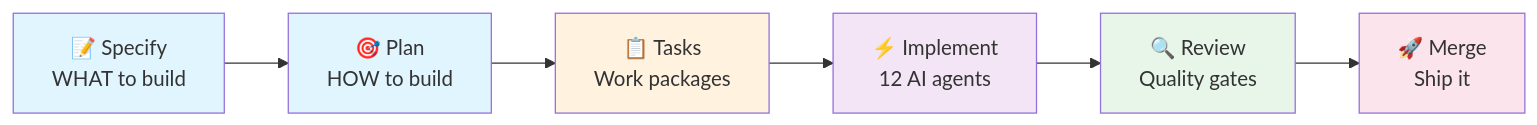
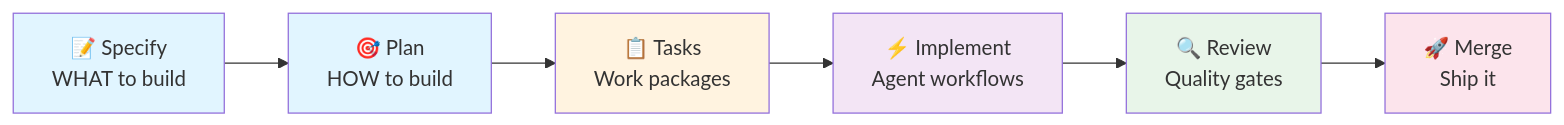
One commit to Priivacy-ai/spec-kitty changed the first of 4 diagrams in README.md. Above: the diagram before and after it, drawn with Mermaid. The commit also changed other lines of this file, not shown here.

````diff
--- a/README.md
+++ b/README.md
@@ -36,15 +51,15 @@
 ```mermaid
 graph LR
     A[📝 Specify<br/>WHAT to build] --> B[🎯 Plan<br/>HOW to build]
     B --> C[📋 Tasks<br/>Work packages]
-    C --> D[⚡ Implement<br/>12 AI agents]
+    C --> D[⚡ Implement<br/>Agent workflows]
     D --> E[🔍 Review<br/>Quality gates]
     E --> F[🚀 Merge<br/>Ship it]
 
     style A fill:#e1f5ff
     style B fill:#e1f5ff
     style C fill:#fff3e0
     style D fill:#f3e5f5
     style E fill:#e8f5e9
     style F fill:#fce4ec
 ```
````
